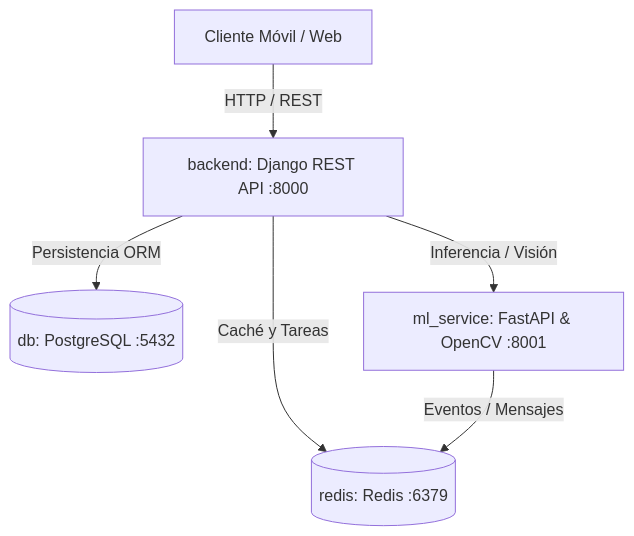
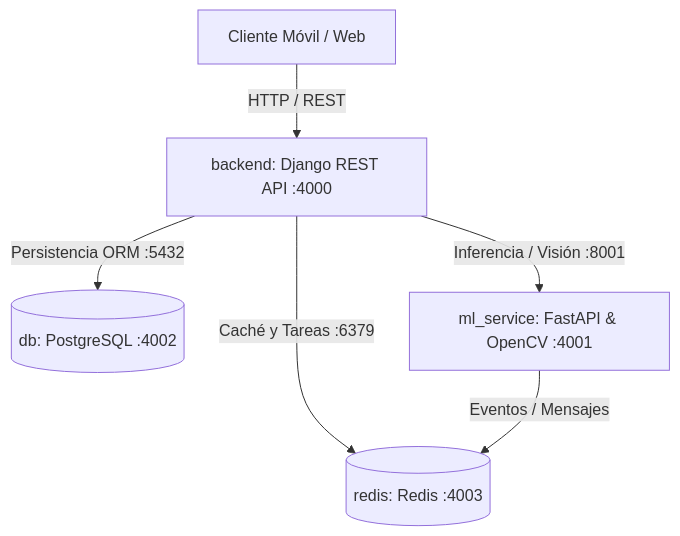
The diagram in README.md (JorgeOspino11/BiomecanicSport), drawn with Mermaid before and after one commit. The commit also changed other lines of this file and 26 other files, not shown here.

````diff
--- a/README.md
+++ b/README.md
@@ -11,8 +11,8 @@
 ```mermaid
 graph TD
-    Client[Cliente Móvil / Web] -->|HTTP / REST| Backend[backend: Django REST API :8000]
-    Backend -->|Persistencia ORM| DB[(db: PostgreSQL :5432)]
-    Backend -->|Caché y Tareas| Redis[(redis: Redis :6379)]
-    Backend -->|Inferencia / Visión| ML[ml_service: FastAPI & OpenCV :8001]
+    Client[Cliente Móvil / Web] -->|HTTP / REST| Backend[backend: Django REST API :4000]
+    Backend -->|Persistencia ORM :5432| DB[(db: PostgreSQL :4002)]
+    Backend -->|Caché y Tareas :6379| Redis[(redis: Redis :4003)]
+    Backend -->|Inferencia / Visión :8001| ML[ml_service: FastAPI & OpenCV :4001]
     ML -->|Eventos / Mensajes| Redis
 ```
````
